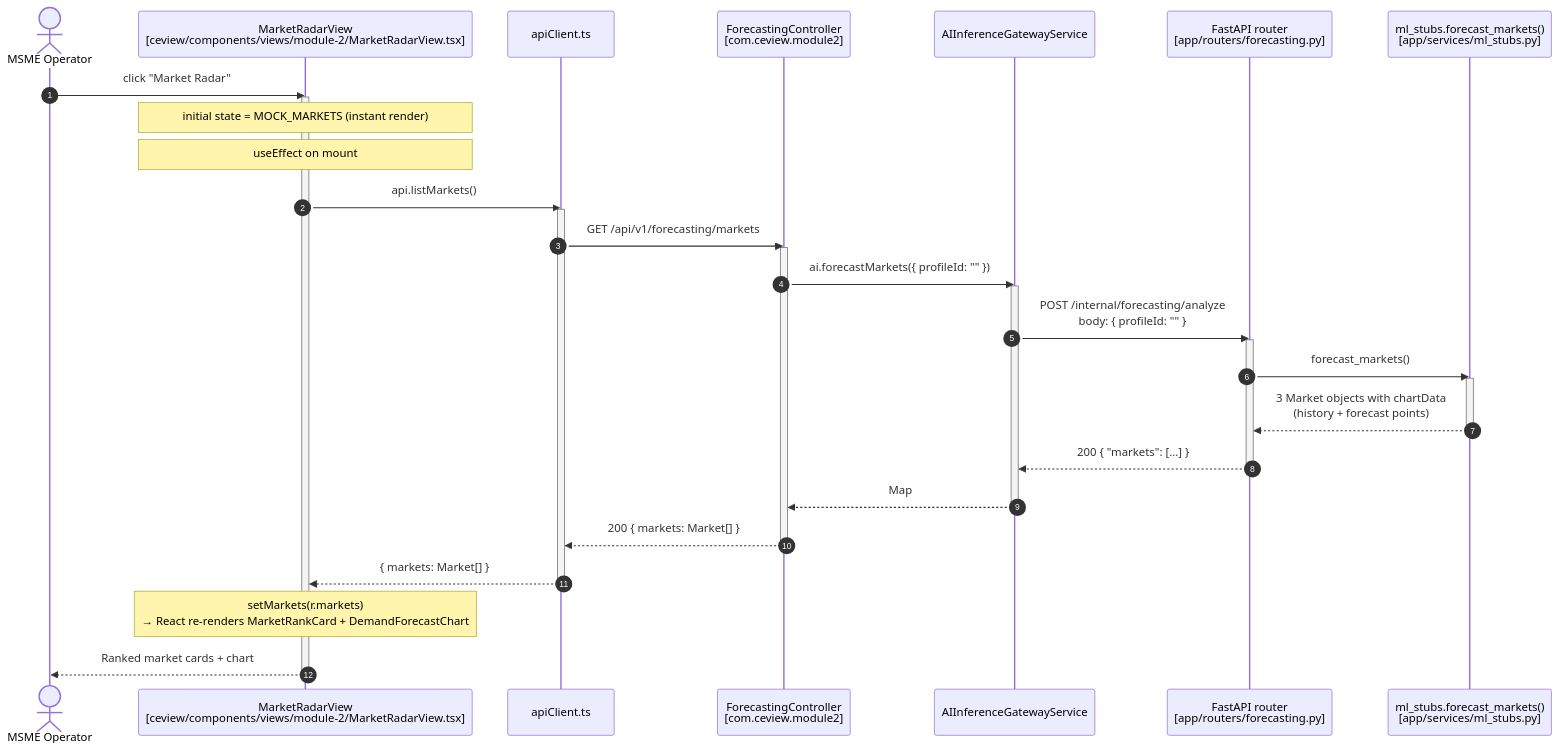
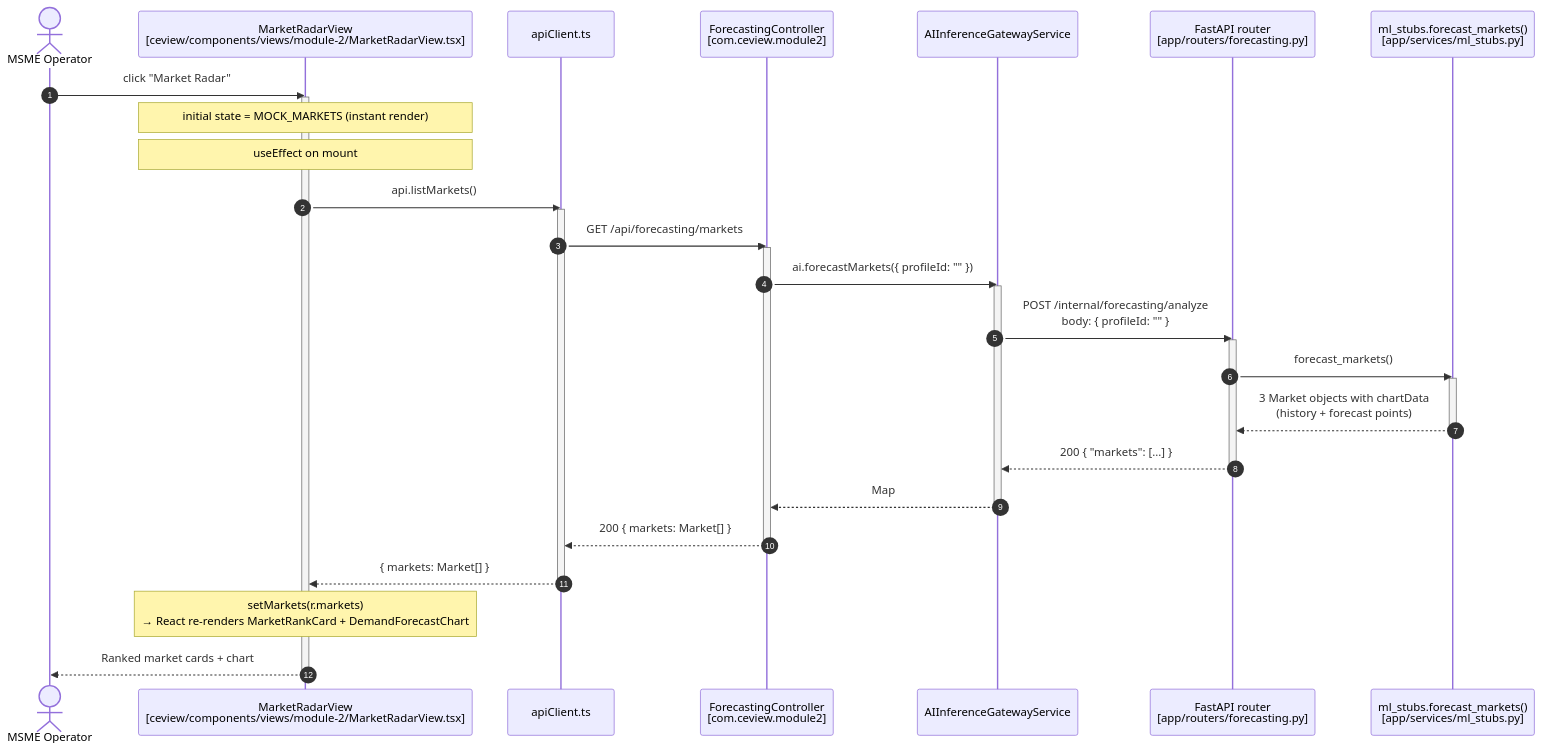
Before and after one commit to SherieHub/CeView: the third of 9 diagrams in ARCHITECTURE.md, drawn with Mermaid. The commit also changed other lines of this file and 348 other files, not shown here.

````diff
--- a/ARCHITECTURE.md
+++ b/ARCHITECTURE.md
@@ -97,39 +97,39 @@
 ```mermaid
 sequenceDiagram
     autonumber
     actor U as MSME Operator
     participant M as MarketRadarView<br/>[ceview/components/views/module-2/MarketRadarView.tsx]
     participant API as apiClient.ts
     participant SC as ForecastingController<br/>[com.ceview.module2]
     participant GW as AIInferenceGatewayService
     participant FR as FastAPI router<br/>[app/routers/forecasting.py]
     participant MS as ml_stubs.forecast_markets()<br/>[app/services/ml_stubs.py]
 
     U->>M: click "Market Radar"
     activate M
     Note over M: initial state = MOCK_MARKETS (instant render)
     Note over M: useEffect on mount
     M->>API: api.listMarkets()
     activate API
-    API->>SC: GET /api/v1/forecasting/markets
+    API->>SC: GET /api/forecasting/markets
     activate SC
     SC->>GW: ai.forecastMarkets({ profileId: "" })
     activate GW
     GW->>FR: POST /internal/forecasting/analyze<br/>body: { profileId: "" }
     activate FR
     FR->>MS: forecast_markets()
     activate MS
     MS-->>FR: 3 Market objects with chartData<br/>(history + forecast points)
     deactivate MS
     FR-->>GW: 200 { "markets": [...] }
     deactivate FR
     GW-->>SC: Map
     deactivate GW
     SC-->>API: 200 { markets: Market[] }
     deactivate SC
     API-->>M: { markets: Market[] }
     deactivate API
     Note over M: setMarkets(r.markets)<br/>→ React re-renders MarketRankCard + DemandForecastChart
     M-->>U: Ranked market cards + chart
     deactivate M
 ```
````
